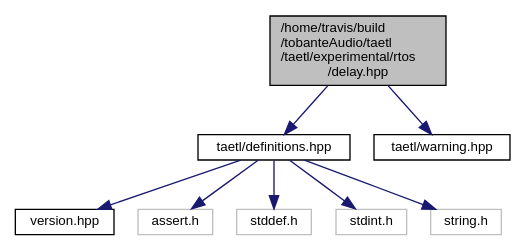
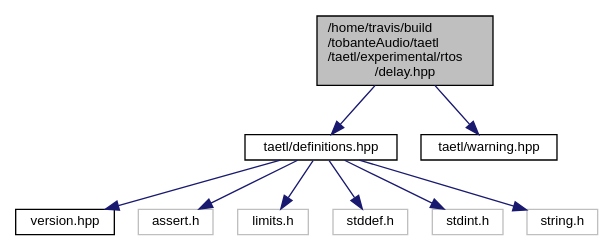
One commit to tobanteAudio/taetl changed the diagram in delay_8hpp__incl.dot. Above: the diagram before and after it, drawn with Graphviz. The commit also changed 198 other files, not shown here.

```diff
--- a/delay_8hpp__incl.dot
+++ b/delay_8hpp__incl.dot
@@ -1,20 +1,22 @@
 digraph "/home/travis/build/tobanteAudio/taetl/taetl/experimental/rtos/delay.hpp"
 {
   edge [fontname="Helvetica",fontsize="10",labelfontname="Helvetica",labelfontsize="10"];
   node [fontname="Helvetica",fontsize="10",shape=record];
   Node0 [label="/home/travis/build\l/tobanteAudio/taetl\l/taetl/experimental/rtos\l/delay.hpp",height=0.2,width=0.4,color="black", fillcolor="grey75", style="filled", fontcolor="black"];
   Node0 -> Node1 [color="midnightblue",fontsize="10",style="solid",fontname="Helvetica"];
   Node1 [label="taetl/definitions.hpp",height=0.2,width=0.4,color="black", fillcolor="white", style="filled",URL="$definitions_8hpp.html"];
   Node1 -> Node2 [color="midnightblue",fontsize="10",style="solid",fontname="Helvetica"];
   Node2 [label="version.hpp",height=0.2,width=0.4,color="black", fillcolor="white", style="filled",URL="$version_8hpp.html"];
   Node1 -> Node3 [color="midnightblue",fontsize="10",style="solid",fontname="Helvetica"];
   Node3 [label="assert.h",height=0.2,width=0.4,color="grey75", fillcolor="white", style="filled"];
   Node1 -> Node4 [color="midnightblue",fontsize="10",style="solid",fontname="Helvetica"];
-  Node4 [label="stddef.h",height=0.2,width=0.4,color="grey75", fillcolor="white", style="filled"];
+  Node4 [label="limits.h",height=0.2,width=0.4,color="grey75", fillcolor="white", style="filled"];
   Node1 -> Node5 [color="midnightblue",fontsize="10",style="solid",fontname="Helvetica"];
-  Node5 [label="stdint.h",height=0.2,width=0.4,color="grey75", fillcolor="white", style="filled"];
+  Node5 [label="stddef.h",height=0.2,width=0.4,color="grey75", fillcolor="white", style="filled"];
   Node1 -> Node6 [color="midnightblue",fontsize="10",style="solid",fontname="Helvetica"];
-  Node6 [label="string.h",height=0.2,width=0.4,color="grey75", fillcolor="white", style="filled"];
-  Node0 -> Node7 [color="midnightblue",fontsize="10",style="solid",fontname="Helvetica"];
-  Node7 [label="taetl/warning.hpp",height=0.2,width=0.4,color="black", fillcolor="white", style="filled",URL="$warning_8hpp.html"];
+  Node6 [label="stdint.h",height=0.2,width=0.4,color="grey75", fillcolor="white", style="filled"];
+  Node1 -> Node7 [color="midnightblue",fontsize="10",style="solid",fontname="Helvetica"];
+  Node7 [label="string.h",height=0.2,width=0.4,color="grey75", fillcolor="white", style="filled"];
+  Node0 -> Node8 [color="midnightblue",fontsize="10",style="solid",fontname="Helvetica"];
+  Node8 [label="taetl/warning.hpp",height=0.2,width=0.4,color="black", fillcolor="white", style="filled",URL="$warning_8hpp.html"];
 }
```
